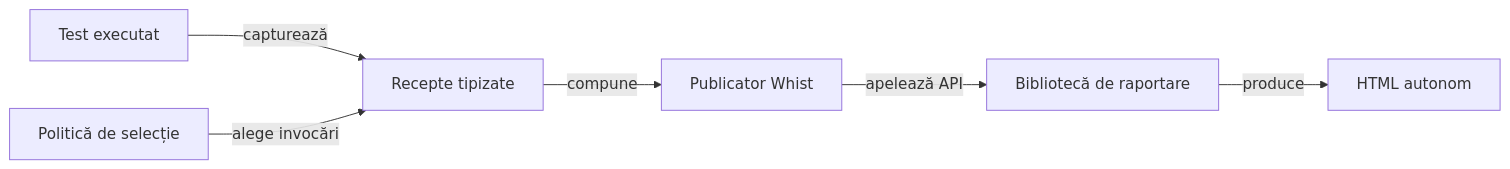
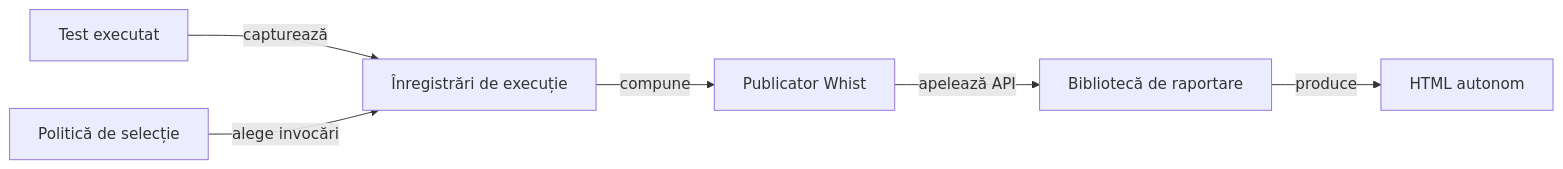
Before and after one commit to crististefanita/atf_j4: the diagram in docs/reporting/README.md, drawn with Mermaid. The commit also changed other lines of this file and 112 other files, not shown here.

````diff
--- a/docs/reporting/README.md
+++ b/docs/reporting/README.md
@@ -9,8 +9,8 @@
 ```mermaid
 flowchart LR
-TEST[Test executat] -->|capturează| RECEIPT[Recepte tipizate]
+TEST[Test executat] -->|capturează| RECEIPT[Înregistrări de execuție]
 SELECT[Politică de selecție] -->|alege invocări| RECEIPT
 RECEIPT -->|compune| CONSUMER[Publicator Whist]
 CONSUMER -->|apelează API| LIB[Bibliotecă de raportare]
 LIB -->|produce| HTML[HTML autonom]
 ```
````
